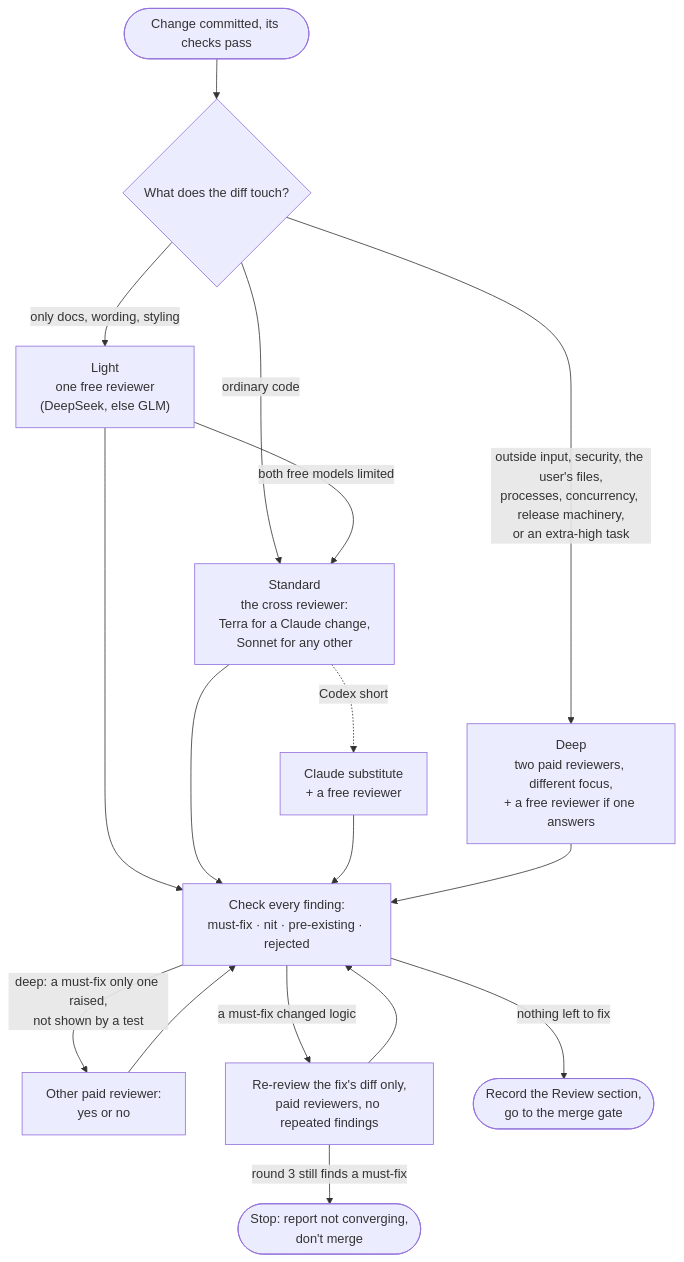
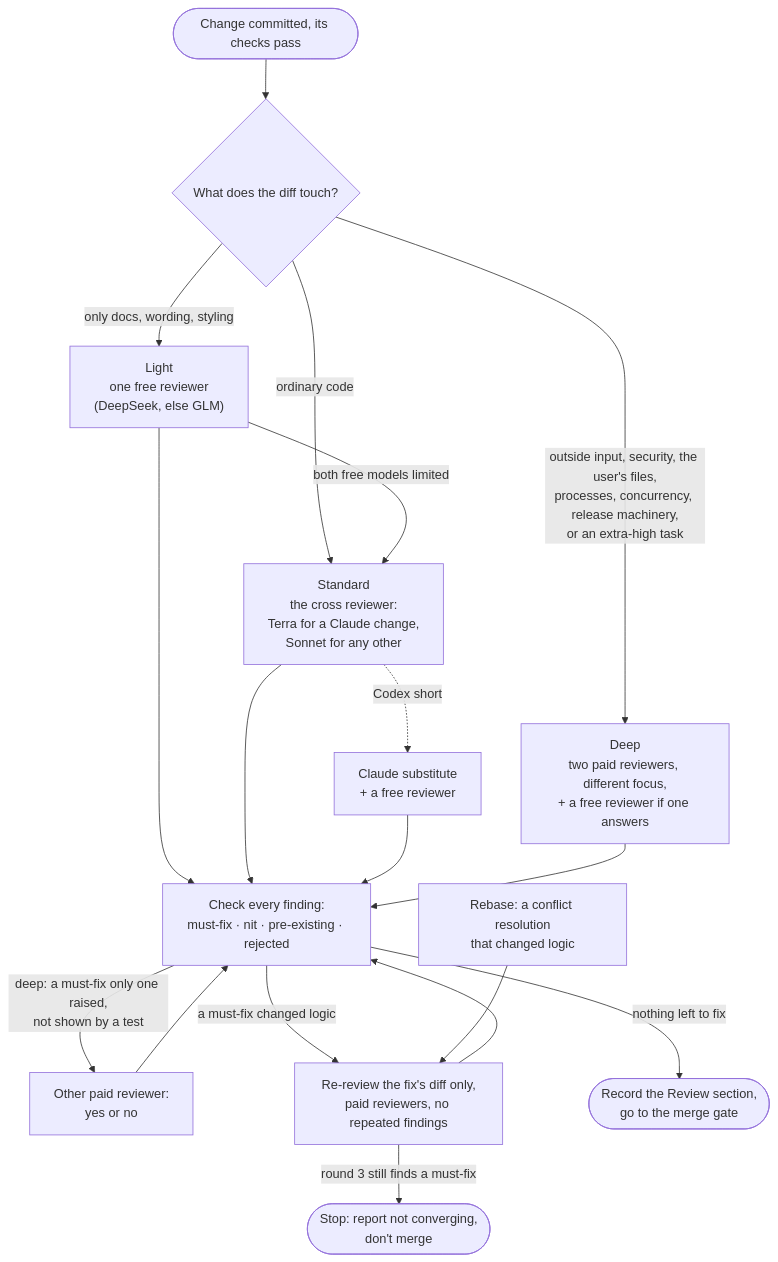
One commit to kristianbonnici/agent-skills changed the diagram in docs/skills/review-gate/README.md. Above: the diagram before and after it, drawn with Mermaid. The commit also changed other lines of this file and 8 other files, not shown here.

````diff
--- a/docs/skills/review-gate/README.md
+++ b/docs/skills/review-gate/README.md
@@ -12,16 +12,17 @@
 ```mermaid
 flowchart TD
   start([Change committed, its checks pass]) --> level{What does the diff touch?}
   level -->|"only docs, wording, styling"| light["Light<br/>one free reviewer<br/>(DeepSeek, else GLM)"]
   level -->|ordinary code| standard["Standard<br/>the cross reviewer:<br/>Terra for a Claude change,<br/>Sonnet for any other"]
   level -->|"outside input, security, the user's files,<br/>processes, concurrency, release machinery,<br/>or an extra-high task"| deep["Deep<br/>two paid reviewers, different focus,<br/>+ a free reviewer if one answers"]
   light -->|both free models limited| standard
   standard -.->|Codex short| sub["Claude substitute<br/>+ a free reviewer"]
   light & standard & sub & deep --> sort["Check every finding:<br/>must-fix · nit · pre-existing · rejected"]
   sort -->|"deep: a must-fix only one raised,<br/>not shown by a test"| second["Other paid reviewer:<br/>yes or no"]
   second --> sort
   sort -->|a must-fix changed logic| rereview["Re-review the fix's diff only,<br/>paid reviewers, no repeated findings"]
+  rebase["Rebase: a conflict resolution<br/>that changed logic"] --> rereview
   rereview -->|round 3 still finds a must-fix| stop([Stop: report not converging,<br/>don't merge])
   rereview --> sort
   sort -->|nothing left to fix| record([Record the Review section,<br/>go to the merge gate])
 ```
````
